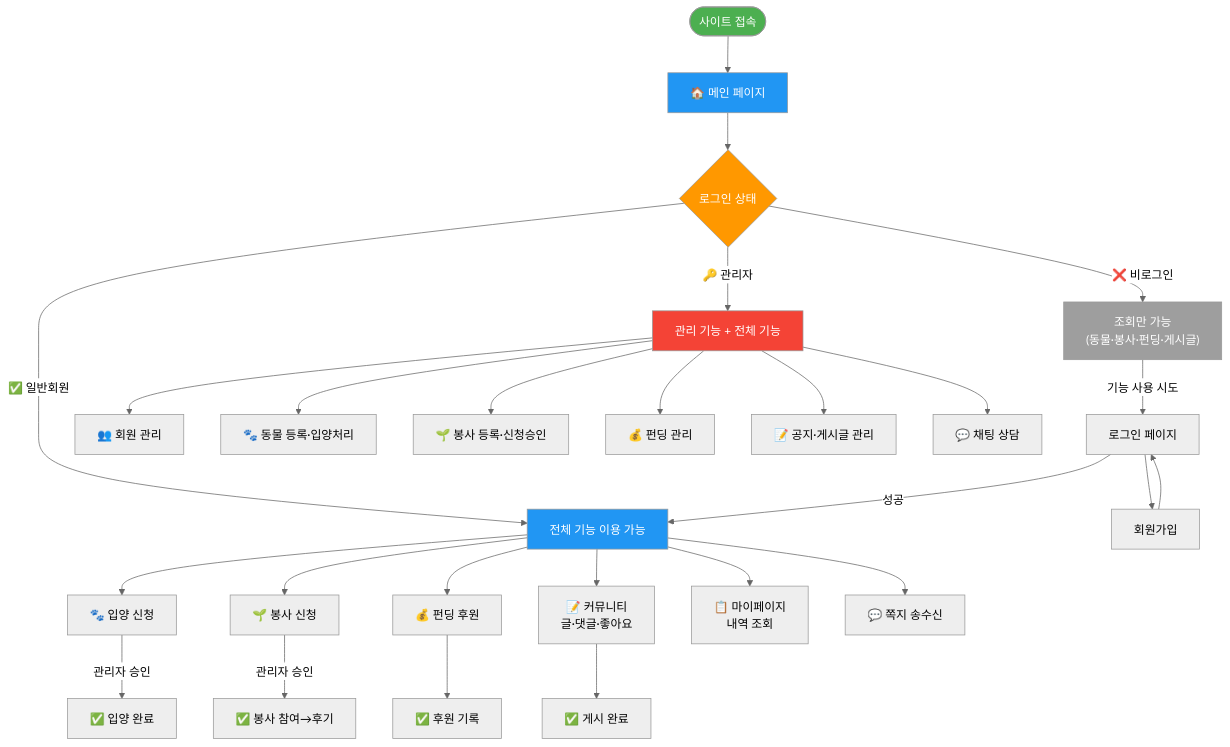
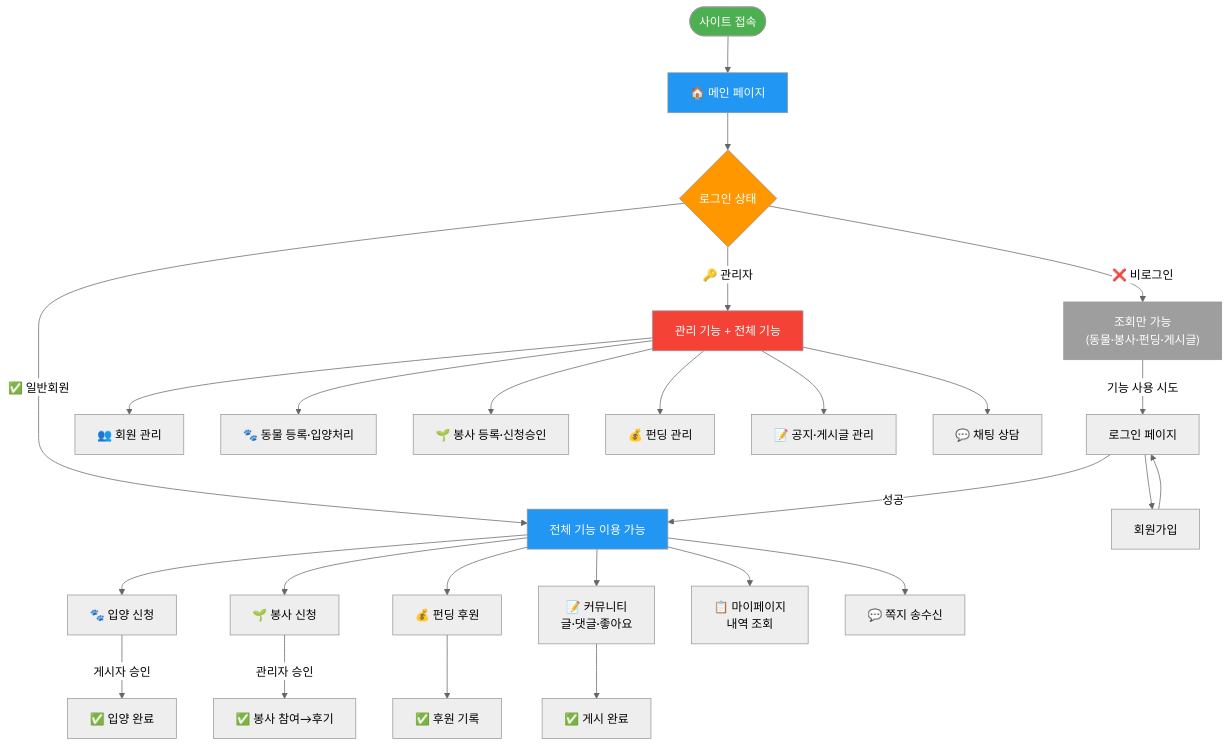
The ninth of 9 diagrams in userflow.md (KJH-Portfolio/202511-stray-dog-volunteer), drawn with Mermaid (neutral theme) before and after one commit. The commit also changed other lines of this file and 5 other files, not shown here.

````diff
--- a/userflow.md
+++ b/userflow.md
@@ -292,45 +327,45 @@
 ```mermaid
 flowchart TD
     S([사이트 접속]) --> MAIN[🏠 메인 페이지]
 
     MAIN --> AUTH{로그인 상태}
 
-    AUTH -->|"❌ 비로그인"| GUEST["조회만 가능\n(동물·봉사·펀딩·게시글)"]
+    AUTH -->|"❌ 비로그인"| GUEST["조회만 가능<br/>(동물·봉사·펀딩·게시글)"]
     AUTH -->|"✅ 일반회원"| USER[전체 기능 이용 가능]
     AUTH -->|"🔑 관리자"| ADMIN[관리 기능 + 전체 기능]
 
     %% 비로그인 → 로그인 유도
     GUEST -->|기능 사용 시도| LOGIN[로그인 페이지]
     LOGIN --> REG[회원가입]
     REG --> LOGIN
     LOGIN -->|성공| USER
 
     %% 일반 사용자 기능
     USER --> U1["🐾 입양 신청"]
     USER --> U2["🌱 봉사 신청"]
     USER --> U3["💰 펀딩 후원"]
     USER --> U4["📝 커뮤니티\n글·댓글·좋아요"]
     USER --> U5["📋 마이페이지\n내역 조회"]
     USER --> U6["💬 쪽지 송수신"]
 
     %% 관리자 기능
     ADMIN --> AD1["👥 회원 관리"]
     ADMIN --> AD2["🐾 동물 등록·입양처리"]
     ADMIN --> AD3["🌱 봉사 등록·신청승인"]
     ADMIN --> AD4["💰 펀딩 관리"]
     ADMIN --> AD5["📝 공지·게시글 관리"]
     ADMIN --> AD6["💬 채팅 상담"]
 
     %% 공통 흐름
-    U1 -->|관리자 승인| RESULT1["✅ 입양 완료"]
+    U1 -->|게시자 승인| RESULT1["✅ 입양 완료"]
     U2 -->|관리자 승인| RESULT2["✅ 봉사 참여→후기"]
     U3 --> RESULT3["✅ 후원 기록"]
     U4 --> RESULT4["✅ 게시 완료"]
 
     style S fill:#4CAF50,color:#fff
     style MAIN fill:#2196F3,color:#fff
     style AUTH fill:#FF9800,color:#fff
     style GUEST fill:#9E9E9E,color:#fff
     style USER fill:#2196F3,color:#fff
     style ADMIN fill:#F44336,color:#fff
 ```
````
